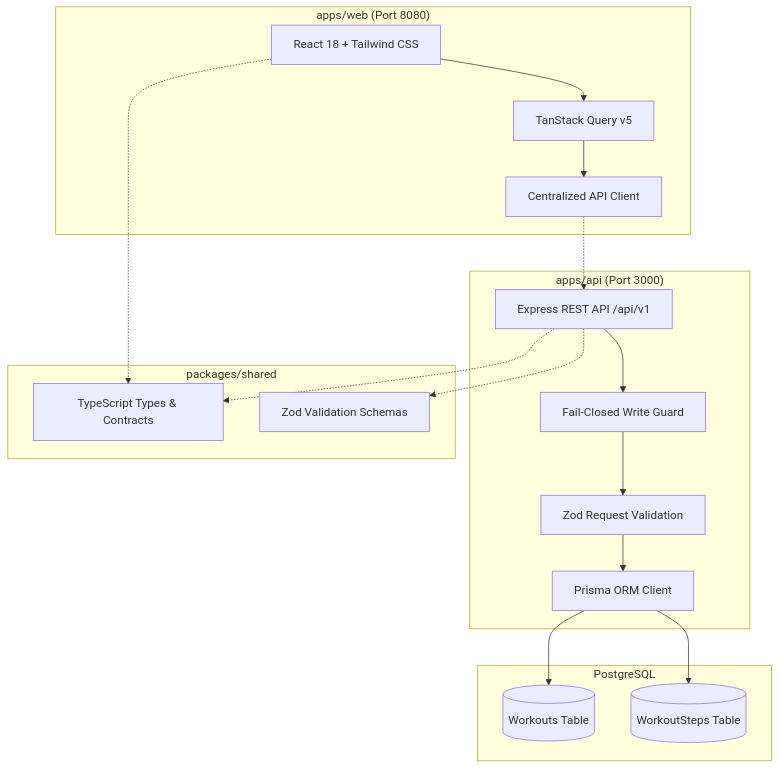
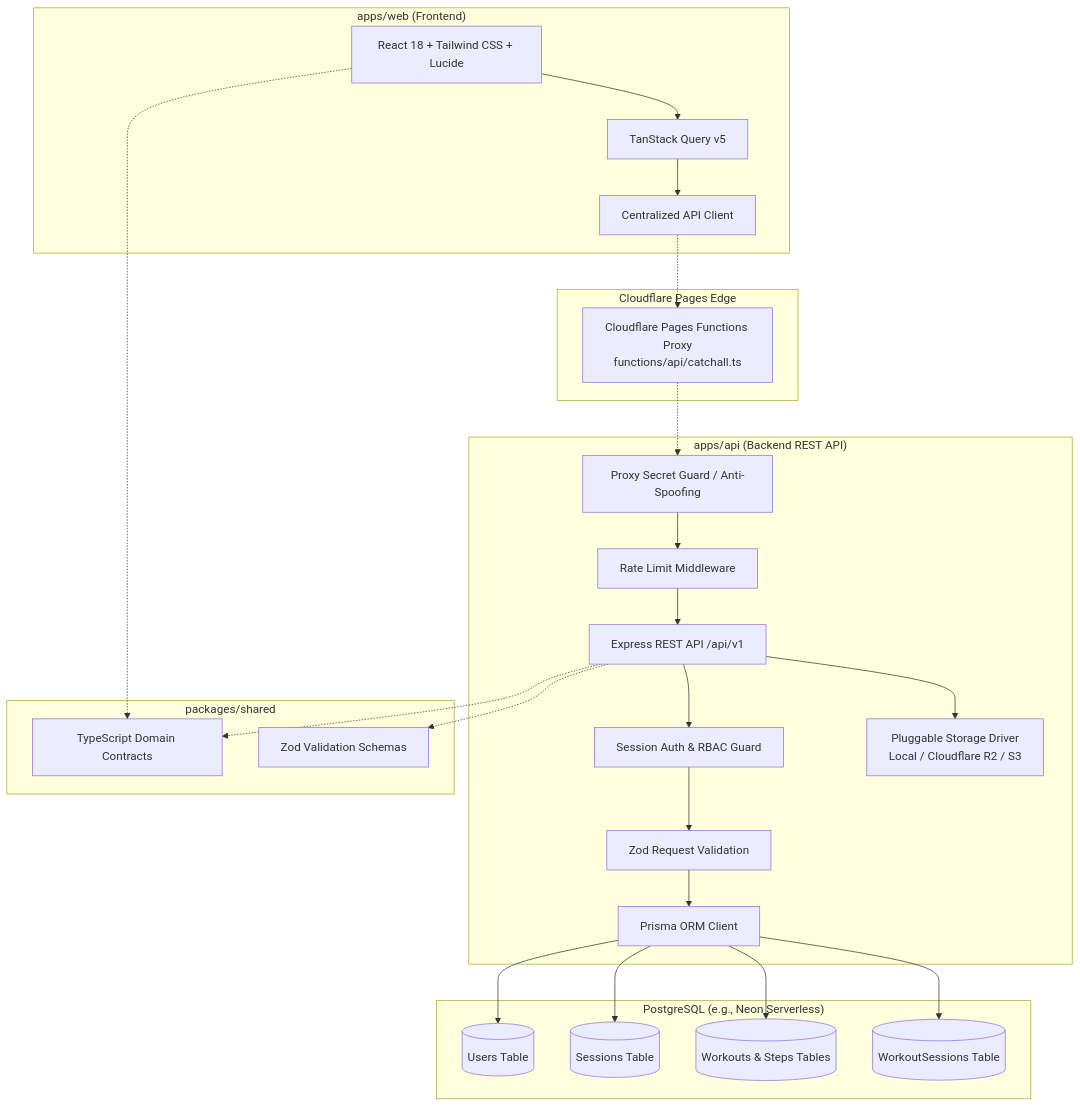
One commit to shravani-hiregowda/glow-move-hub changed the diagram in README.md. Above: the diagram before and after it, drawn with Mermaid. The commit also changed other lines of this file and 1 other file, not shown here.

Commit message:
docs: update project documentation and web metadata

````diff
--- a/README.md
+++ b/README.md
@@ -13,34 +25,48 @@
 ```mermaid
 graph TD
-    subgraph Client ["apps/web (Port 8080)"]
-        UI[React 18 + Tailwind CSS]
+    subgraph Edge ["Cloudflare Pages Edge"]
+        CF[Cloudflare Pages Functions Proxy<br/>functions/api/catchall.ts]
+    end
+
+    subgraph Client ["apps/web (Frontend)"]
+        UI[React 18 + Tailwind CSS + Lucide]
         RQ[TanStack Query v5]
         APIClient[Centralized API Client]
         UI --> RQ --> APIClient
     end
 
-    subgraph Server ["apps/api (Port 3000)"]
+    subgraph Server ["apps/api (Backend REST API)"]
+        ProxyAuth[Proxy Secret Guard / Anti-Spoofing]
+        RateLimiter[Rate Limit Middleware]
         Express[Express REST API /api/v1]
-        WriteGuard[Fail-Closed Write Guard]
+        AuthGuard[Session Auth & RBAC Guard]
         Validator[Zod Request Validation]
         Prisma[Prisma ORM Client]
-        Express --> WriteGuard --> Validator --> Prisma
+        StorageService[Pluggable Storage Driver<br/>Local / Cloudflare R2 / S3]
+
+        ProxyAuth --> RateLimiter --> Express --> AuthGuard --> Validator --> Prisma
+        Express --> StorageService
     end
 
-    subgraph Database ["PostgreSQL"]
-        WorkoutsTable[(Workouts Table)]
-        StepsTable[(WorkoutSteps Table)]
+    subgraph Database ["PostgreSQL (e.g., Neon Serverless)"]
+        UsersTable[(Users Table)]
+        SessionsTable[(Sessions Table)]
+        WorkoutsTable[(Workouts & Steps Tables)]
+        WorkoutSessionsTable[(WorkoutSessions Table)]
+        Prisma --> UsersTable
+        Prisma --> SessionsTable
         Prisma --> WorkoutsTable
-        Prisma --> StepsTable
+        Prisma --> WorkoutSessionsTable
     end
 
     subgraph Shared ["packages/shared"]
-        Types[TypeScript Types & Contracts]
+        Types[TypeScript Domain Contracts]
         Schemas[Zod Validation Schemas]
     end
 
-    APIClient -.-> Express
+    APIClient -.-> CF
+    CF -.-> ProxyAuth
     UI -.-> Types
     Express -.-> Types
     Express -.-> Schemas
 ```
````
